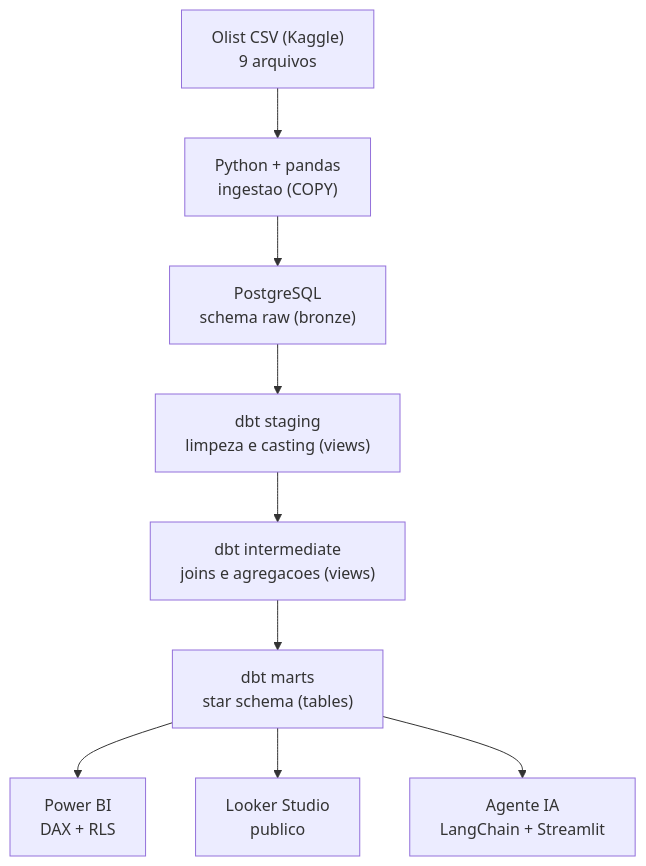
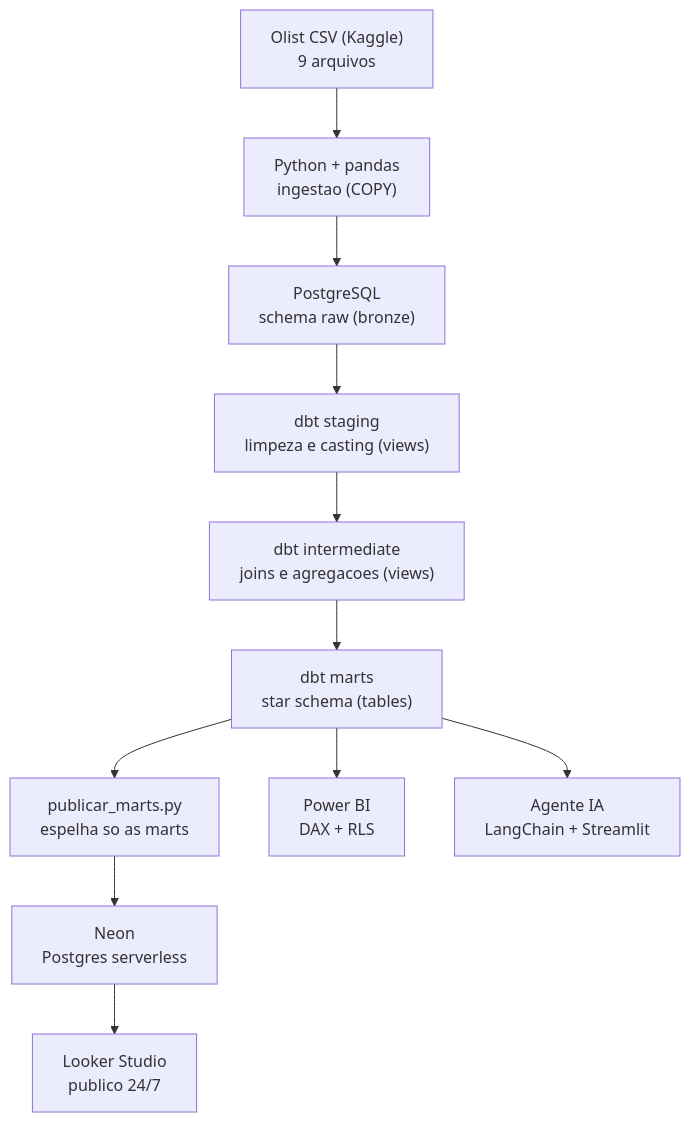
One commit to gustavohenriqq/pipeline-olist changed the first of 2 diagrams in README.md. Above: the diagram before and after it, drawn with Mermaid. The commit also changed other lines of this file and 12 other files, not shown here.

````diff
--- a/README.md
+++ b/README.md
@@ -39,11 +39,13 @@
 ```mermaid
 flowchart TD
     A["Olist CSV (Kaggle)<br/>9 arquivos"] --> B["Python + pandas<br/>ingestao (COPY)"]
     B --> C["PostgreSQL<br/>schema raw (bronze)"]
     C --> D["dbt staging<br/>limpeza e casting (views)"]
     D --> E["dbt intermediate<br/>joins e agregacoes (views)"]
     E --> F["dbt marts<br/>star schema (tables)"]
+    F --> P["publicar_marts.py<br/>espelha so as marts"]
+    P --> N["Neon<br/>Postgres serverless"]
+    N --> H["Looker Studio<br/>publico 24/7"]
     F --> G["Power BI<br/>DAX + RLS"]
-    F --> H["Looker Studio<br/>publico"]
     F --> I["Agente IA<br/>LangChain + Streamlit"]
 ```
````
